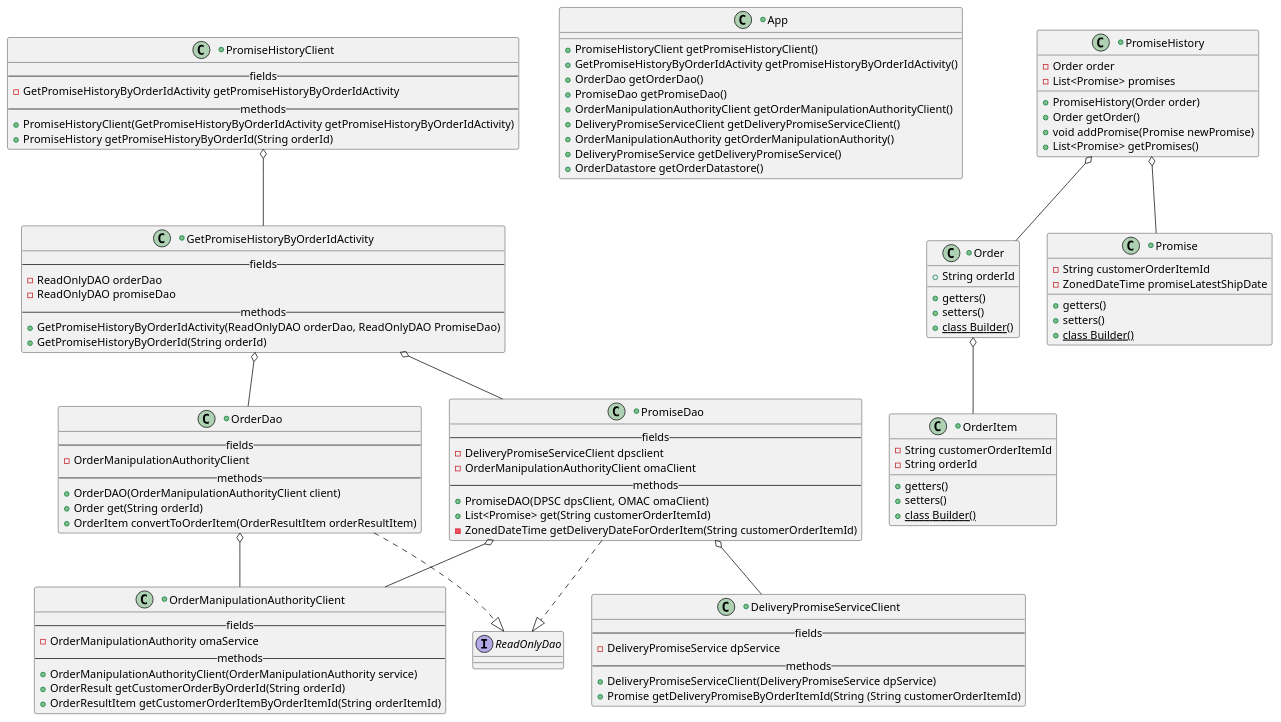
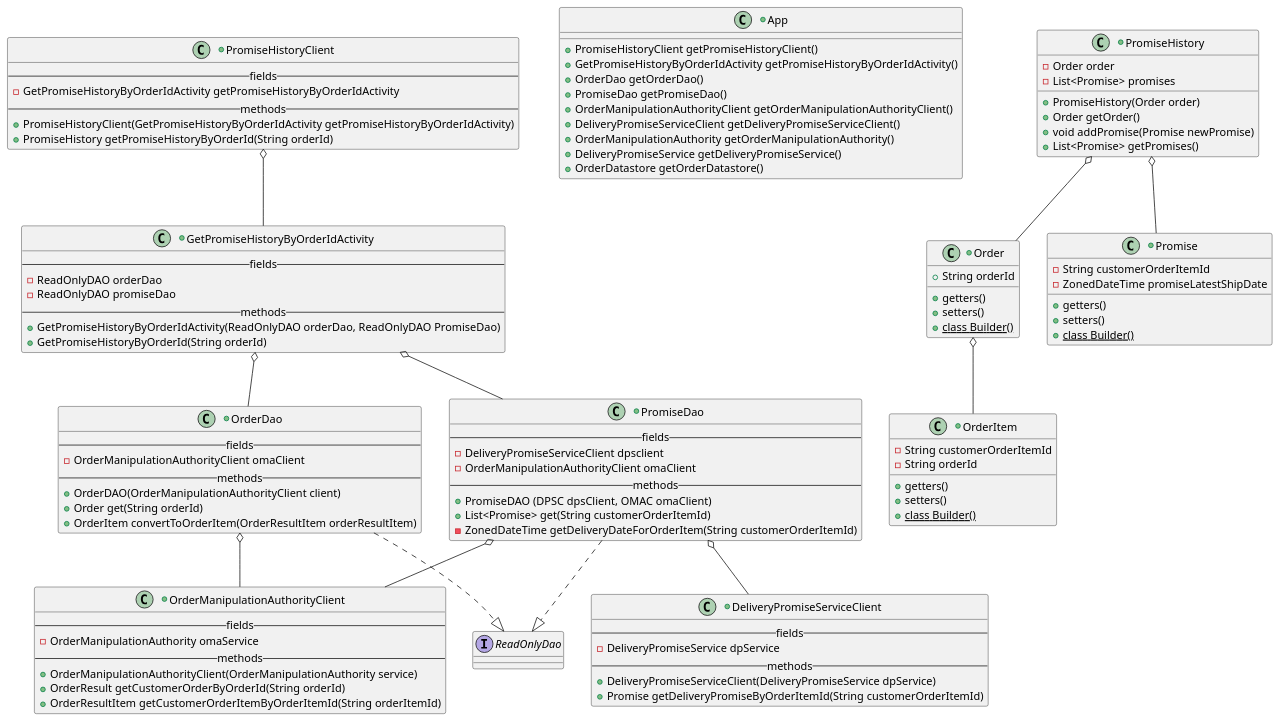
One commit to everythinginmoderation2/bd-intermediate-java-project changed the diagram in src/resources/deliveringonourpromise_CD.puml. Above: the diagram before and after it, drawn with PlantUML. The commit also changed 19 other files, not shown here.

```diff
--- a/src/resources/deliveringonourpromise_CD.puml
+++ b/src/resources/deliveringonourpromise_CD.puml
@@ -1,121 +1,121 @@
 @startuml
 'https://plantuml.com/class-diagram'
 
 interface ReadOnlyDao
 
 +class App {
     +PromiseHistoryClient getPromiseHistoryClient()
     +GetPromiseHistoryByOrderIdActivity getPromiseHistoryByOrderIdActivity()
     +OrderDao getOrderDao()
     +PromiseDao getPromiseDao()
     +OrderManipulationAuthorityClient getOrderManipulationAuthorityClient()
     +DeliveryPromiseServiceClient getDeliveryPromiseServiceClient()
     +OrderManipulationAuthority getOrderManipulationAuthority()
     +DeliveryPromiseService getDeliveryPromiseService()
     +OrderDatastore getOrderDatastore()
 }
 
 +class Order {
     +String orderId
     +getters()
     +setters()
     +{static} class Builder()
 }
 
 +class OrderItem {
     -String customerOrderItemId
     -String orderId
     +getters()
     +setters()
     +{static} class Builder()
 }
 
 +class Promise {
     -String customerOrderItemId
     -ZonedDateTime promiseLatestShipDate
     +getters()
     +setters()
     +{static} class Builder()
 }
 
 +class PromiseHistory {
     -Order order
     -List<Promise> promises
     +PromiseHistory(Order order)
     +Order getOrder()
     +void addPromise(Promise newPromise)
     +List<Promise> getPromises()
 }
 
 +class PromiseHistoryClient {
     --fields--
     -GetPromiseHistoryByOrderIdActivity getPromiseHistoryByOrderIdActivity
     --methods--
     +PromiseHistoryClient(GetPromiseHistoryByOrderIdActivity getPromiseHistoryByOrderIdActivity)
     +PromiseHistory getPromiseHistoryByOrderId(String orderId)
 }
 
 +class GetPromiseHistoryByOrderIdActivity {
     --fields--
     -ReadOnlyDAO orderDao
     -ReadOnlyDAO promiseDao
     --methods--
     +GetPromiseHistoryByOrderIdActivity(ReadOnlyDAO orderDao, ReadOnlyDAO PromiseDao)
     +GetPromiseHistoryByOrderId(String orderId)
 }
 
 +class OrderDao {
     --fields--
-    -OrderManipulationAuthorityClient
+    -OrderManipulationAuthorityClient omaClient
     --methods--
     +OrderDAO(OrderManipulationAuthorityClient client)
     +Order get(String orderId)
     +OrderItem convertToOrderItem(OrderResultItem orderResultItem)
 }
 
 +class PromiseDao {
     --fields--
     -DeliveryPromiseServiceClient dpsclient
     -OrderManipulationAuthorityClient omaClient
     --methods--
-    +PromiseDAO(DPSC dpsClient, OMAC omaClient)
+    +PromiseDAO (DPSC dpsClient, OMAC omaClient)
     +List<Promise> get(String customerOrderItemId)
     -ZonedDateTime getDeliveryDateForOrderItem(String customerOrderItemId)
 }
 
 +class OrderManipulationAuthorityClient {
     --fields--
     -OrderManipulationAuthority omaService
     --methods--
     +OrderManipulationAuthorityClient(OrderManipulationAuthority service)
     +OrderResult getCustomerOrderByOrderId(String orderId)
     +OrderResultItem getCustomerOrderItemByOrderItemId(String orderItemId)
 }
 
 +class DeliveryPromiseServiceClient {
     --fields--
     -DeliveryPromiseService dpService
     --methods--
     +DeliveryPromiseServiceClient(DeliveryPromiseService dpService)
-    +Promise getDeliveryPromiseByOrderItemId(String (String customerOrderItemId)
+    +Promise getDeliveryPromiseByOrderItemId(String customerOrderItemId)
 }
 
 
 
 
 
 
 
 PromiseHistoryClient o-- GetPromiseHistoryByOrderIdActivity
 GetPromiseHistoryByOrderIdActivity o-- PromiseDao
 GetPromiseHistoryByOrderIdActivity o-- OrderDao
 PromiseDao o-- DeliveryPromiseServiceClient
 PromiseDao o-- OrderManipulationAuthorityClient
 OrderDao o-- OrderManipulationAuthorityClient
 PromiseHistory o-- Order
 PromiseHistory o-- Promise
 Order o-- OrderItem
 OrderDao ..|> ReadOnlyDao
 PromiseDao ..|> ReadOnlyDao
 
 @enduml
```
